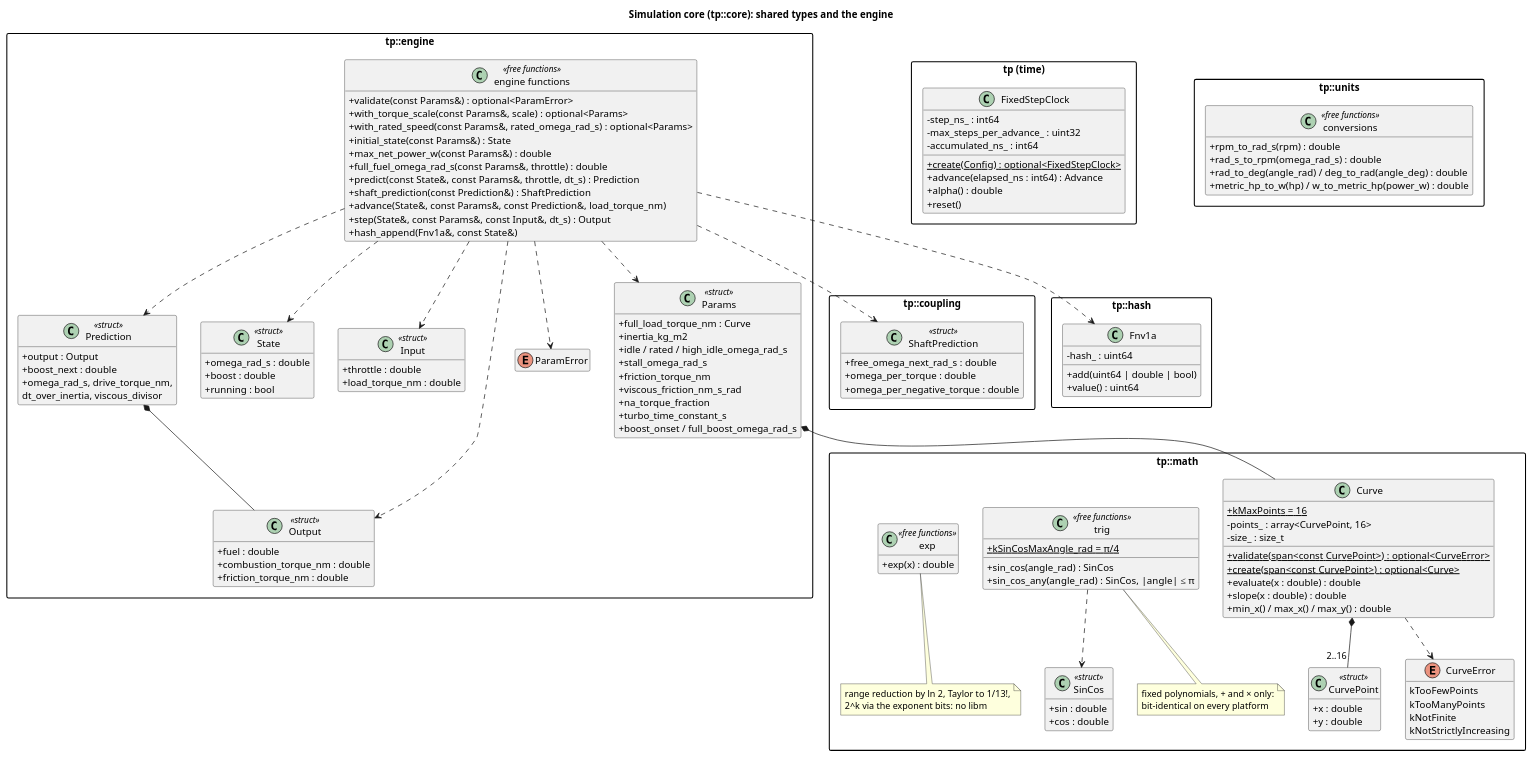
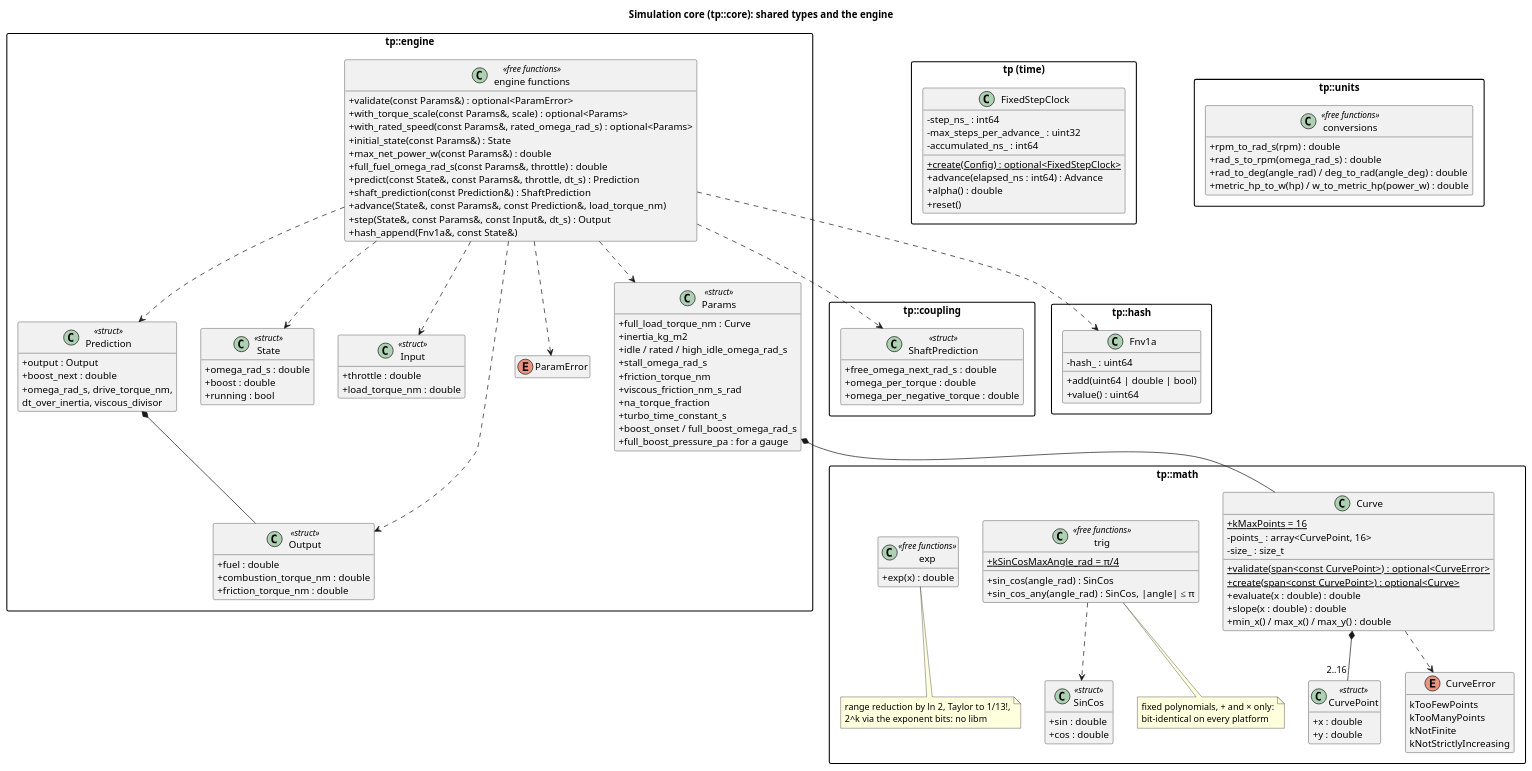
Before and after one commit to wversteeg/TractorPulling: the diagram in docs/diagrams/core_classes.puml, drawn with PlantUML. The commit also changed 20 other files, not shown here.

First line of the commit message:
A boost gauge in the HUD's top left

```diff
--- a/docs/diagrams/core_classes.puml
+++ b/docs/diagrams/core_classes.puml
@@ -1,150 +1,151 @@
 @startuml core_classes
 title Simulation core (tp::core): shared types and the engine
 hide empty members
 skinparam packageStyle rectangle
 skinparam classAttributeIconSize 0
 
   package "tp::coupling" {
     class ShaftPrediction <<struct>> {
       +free_omega_next_rad_s : double
       +omega_per_torque : double
       +omega_per_negative_torque : double
     }
   }
 
   package "tp::math" {
     class CurvePoint <<struct>> {
       +x : double
       +y : double
     }
     enum CurveError {
       kTooFewPoints
       kTooManyPoints
       kNotFinite
       kNotStrictlyIncreasing
     }
     class Curve {
       +{static} kMaxPoints = 16
       -points_ : array<CurvePoint, 16>
       -size_ : size_t
       +{static} validate(span<const CurvePoint>) : optional<CurveError>
       +{static} create(span<const CurvePoint>) : optional<Curve>
       +evaluate(x : double) : double
       +slope(x : double) : double
       +min_x() / max_x() / max_y() : double
     }
     Curve *-- "2..16" CurvePoint
     Curve ..> CurveError
     class SinCos <<struct>> {
       +sin : double
       +cos : double
     }
     class "trig" as Trig <<free functions>> {
       +{static} kSinCosMaxAngle_rad = π/4
       +sin_cos(angle_rad) : SinCos
       +sin_cos_any(angle_rad) : SinCos, |angle| ≤ π
     }
     Trig ..> SinCos
     note bottom of Trig
       fixed polynomials, + and × only:
       bit-identical on every platform
     end note
     class "exp" as Exp <<free functions>> {
       +exp(x) : double
     }
     note bottom of Exp
       range reduction by ln 2, Taylor to 1/13!,
       2^k via the exponent bits: no libm
     end note
   }
 
   package "tp::engine" {
     class Params <<struct>> {
       +full_load_torque_nm : Curve
       +inertia_kg_m2
       +idle / rated / high_idle_omega_rad_s
       +stall_omega_rad_s
       +friction_torque_nm
       +viscous_friction_nm_s_rad
       +na_torque_fraction
       +turbo_time_constant_s
       +boost_onset / full_boost_omega_rad_s
+      +full_boost_pressure_pa : for a gauge
     }
     class State <<struct>> {
       +omega_rad_s : double
       +boost : double
       +running : bool
     }
     class Input <<struct>> {
       +throttle : double
       +load_torque_nm : double
     }
     class Output <<struct>> {
       +fuel : double
       +combustion_torque_nm : double
       +friction_torque_nm : double
     }
     enum ParamError
     class Prediction <<struct>> {
       +output : Output
       +boost_next : double
       +omega_rad_s, drive_torque_nm,
        dt_over_inertia, viscous_divisor
     }
     class "engine functions" as EngineFns <<free functions>> {
       +validate(const Params&) : optional<ParamError>
       +with_torque_scale(const Params&, scale) : optional<Params>
       +with_rated_speed(const Params&, rated_omega_rad_s) : optional<Params>
       +initial_state(const Params&) : State
       +max_net_power_w(const Params&) : double
       +full_fuel_omega_rad_s(const Params&, throttle) : double
       +predict(const State&, const Params&, throttle, dt_s) : Prediction
       +shaft_prediction(const Prediction&) : ShaftPrediction
       +advance(State&, const Params&, const Prediction&, load_torque_nm)
       +step(State&, const Params&, const Input&, dt_s) : Output
       +hash_append(Fnv1a&, const State&)
     }
     Prediction *-- Output
     EngineFns ..> Prediction
     Params *-- Curve
     EngineFns ..> Params
     EngineFns ..> State
     EngineFns ..> Input
     EngineFns ..> Output
     EngineFns ..> ParamError
   }
 
 
   EngineFns ..> ShaftPrediction
 
   package "tp::hash" {
     class Fnv1a {
       -hash_ : uint64
       +add(uint64 | double | bool)
       +value() : uint64
     }
   }
   EngineFns ..> Fnv1a
 
   package "tp (time)" {
     class FixedStepClock {
       -step_ns_ : int64
       -max_steps_per_advance_ : uint32
       -accumulated_ns_ : int64
       +{static} create(Config) : optional<FixedStepClock>
       +advance(elapsed_ns : int64) : Advance
       +alpha() : double
       +reset()
     }
   }
 
   package "tp::units" {
     class "conversions" as Units <<free functions>> {
       +rpm_to_rad_s(rpm) : double
       +rad_s_to_rpm(omega_rad_s) : double
       +rad_to_deg(angle_rad) / deg_to_rad(angle_deg) : double
       +metric_hp_to_w(hp) / w_to_metric_hp(power_w) : double
     }
   }
 
 @enduml
```
